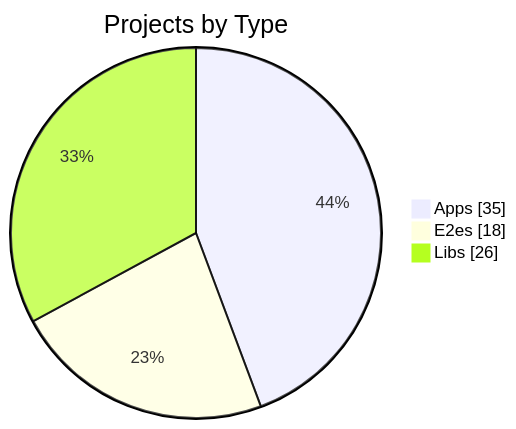
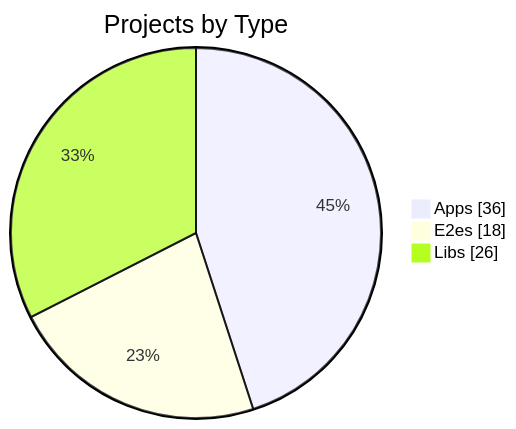
Before and after one commit to KBVE/kbve: the first of 3 diagrams in apps/kbve/astro-kbve/src/content/docs/dashboard/graph.mdx, drawn with Mermaid. The commit also changed other lines of this file and 8 other files, not shown here.

````diff
--- a/apps/kbve/astro-kbve/src/content/docs/dashboard/graph.mdx
+++ b/apps/kbve/astro-kbve/src/content/docs/dashboard/graph.mdx
@@ -56,7 +56,7 @@
 ```mermaid
 pie showData
     title Projects by Type
-    "Apps" : 35
+    "Apps" : 36
     "E2es" : 18
     "Libs" : 26
 ```
````
